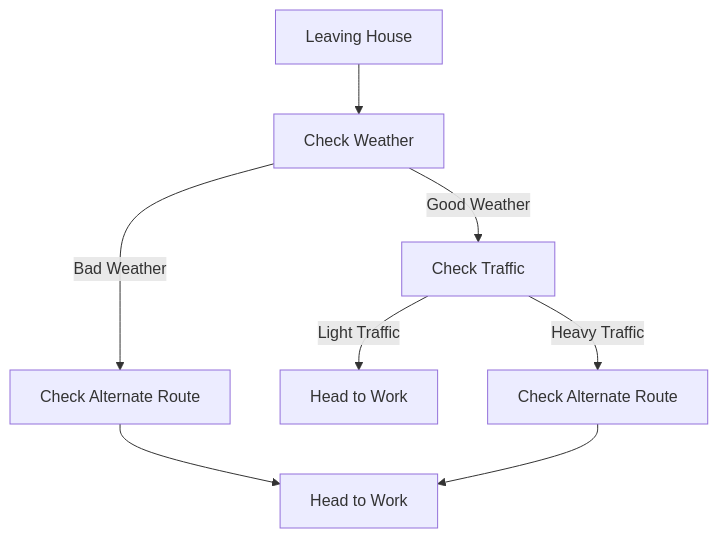
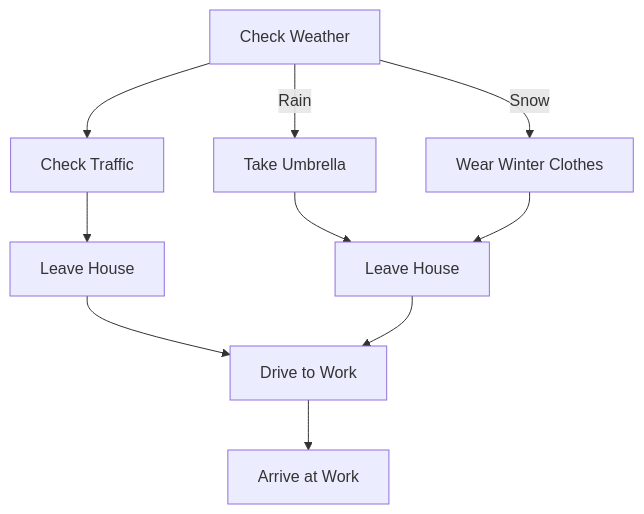
Before and after one commit to antononcube/Raku-LLM-Functions: the seventh of 8 diagrams in docs/Workflows-with-LLM-functions_woven.md, drawn with Mermaid. The commit also changed other lines of this file and 1 other file, not shown here.

````diff
--- a/docs/Workflows-with-LLM-functions_woven.md
+++ b/docs/Workflows-with-LLM-functions_woven.md
@@ -404,10 +732,12 @@
 ```mermaid
 graph TD
-A[Leaving House]-->B[Check Weather]
-B-->|Good Weather|C[Check Traffic]
-B-->|Bad Weather|D[Check Alternate Route]
-C-->|Light Traffic|E[Head to Work]
-C-->|Heavy Traffic|F[Check Alternate Route]
-D-->G[Head to Work]
-F-->G
+A[Check Weather] --> B[Check Traffic]
+B --> C[Leave House]
+C --> D[Drive to Work]
+D --> E[Arrive at Work]
+A -->|Rain|F[Take Umbrella]
+F --> G[Leave House]
+G --> D
+A -->|Snow|H[Wear Winter Clothes]
+H --> G
 ```
````
